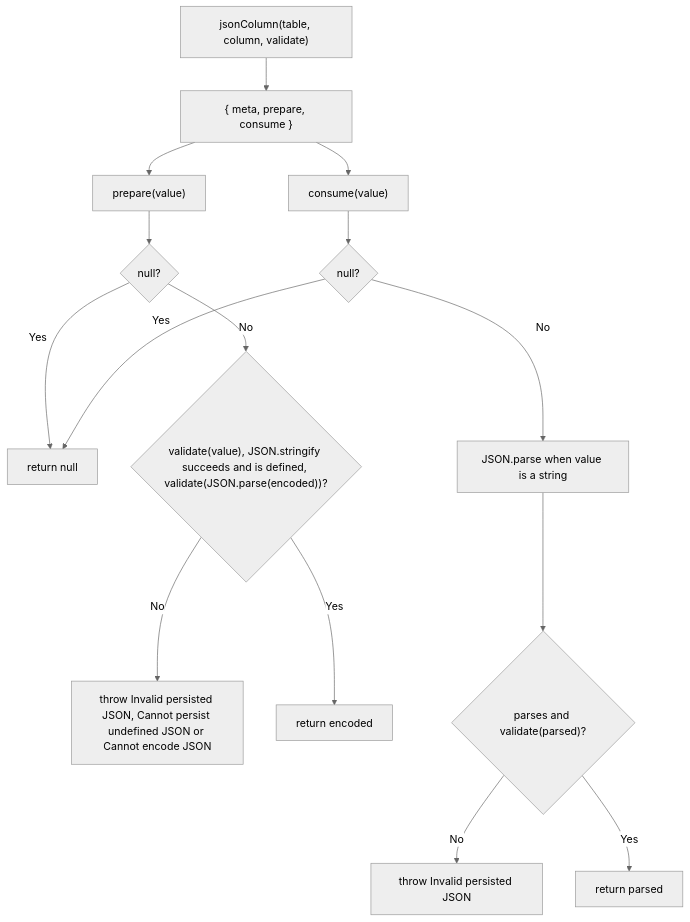
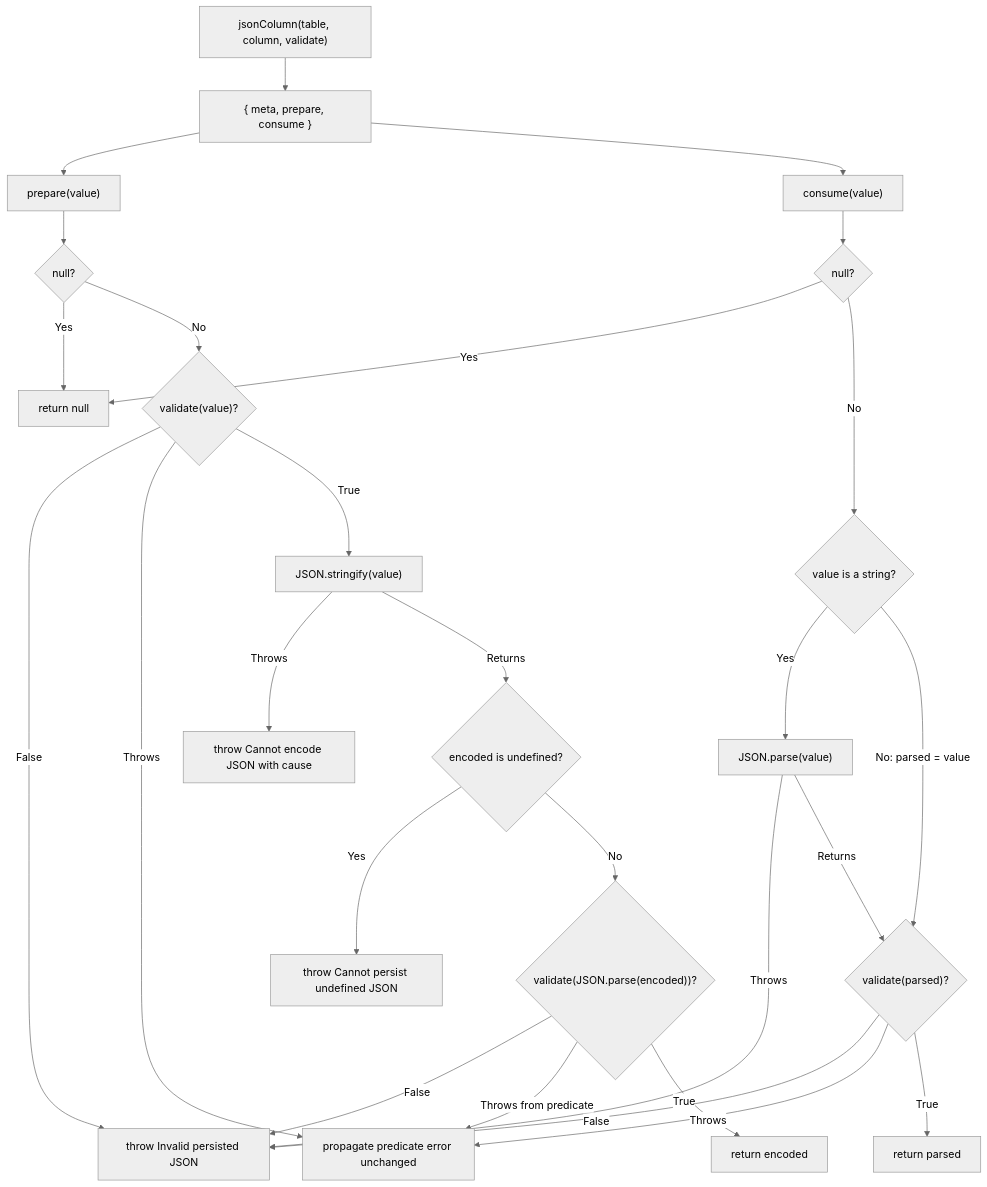
The second of 2 diagrams in user-stories/US-COLUMN-01-store-checked-json.md (Kevinjohn/oss-adonisjs-lucid-checked-columns), drawn with Mermaid (neutral theme) before and after one commit. The commit also changed other lines of this file and 7 other files, not shown here.

````diff
--- a/user-stories/US-COLUMN-01-store-checked-json.md
+++ b/user-stories/US-COLUMN-01-store-checked-json.md
@@ -46,17 +48,29 @@
 ```mermaid
 flowchart TD
     A["jsonColumn(table, column, validate)"] --> B["{ meta, prepare, consume }"]
     B --> P["prepare(value)"]
     P --> P1{"null?"}
     P1 -->|Yes| P2["return null"]
-    P1 -->|No| P3{"validate(value), JSON.stringify succeeds and is defined, validate(JSON.parse(encoded))?"}
-    P3 -->|No| P4["throw Invalid persisted JSON, Cannot persist undefined JSON or Cannot encode JSON"]
-    P3 -->|Yes| P5["return encoded"]
+    P1 -->|No| P3{"validate(value)?"}
+    P3 -->|False| I["throw Invalid persisted JSON"]
+    P3 -->|Throws| X["propagate predicate error unchanged"]
+    P3 -->|True| F["JSON.stringify(value)"]
+    F -->|Throws| E["throw Cannot encode JSON with cause"]
+    F -->|Returns| U{"encoded is undefined?"}
+    U -->|Yes| N["throw Cannot persist undefined JSON"]
+    U -->|No| R{"validate(JSON.parse(encoded))?"}
+    R -->|False| I
+    R -->|Throws from predicate| X
+    R -->|True| P5["return encoded"]
     B --> C["consume(value)"]
     C --> C1{"null?"}
     C1 -->|Yes| P2
-    C1 -->|No| C2["JSON.parse when value is a string"]
-    C2 --> C3{"parses and validate(parsed)?"}
-    C3 -->|No| C4["throw Invalid persisted JSON"]
-    C3 -->|Yes| C5["return parsed"]
+    C1 -->|No| C2{"value is a string?"}
+    C2 -->|Yes| J["JSON.parse(value)"]
+    J -->|Throws| I
+    J -->|Returns| C3{"validate(parsed)?"}
+    C2 -->|No: parsed = value| C3
+    C3 -->|False| I
+    C3 -->|Throws| X
+    C3 -->|True| C5["return parsed"]
 ```
````
